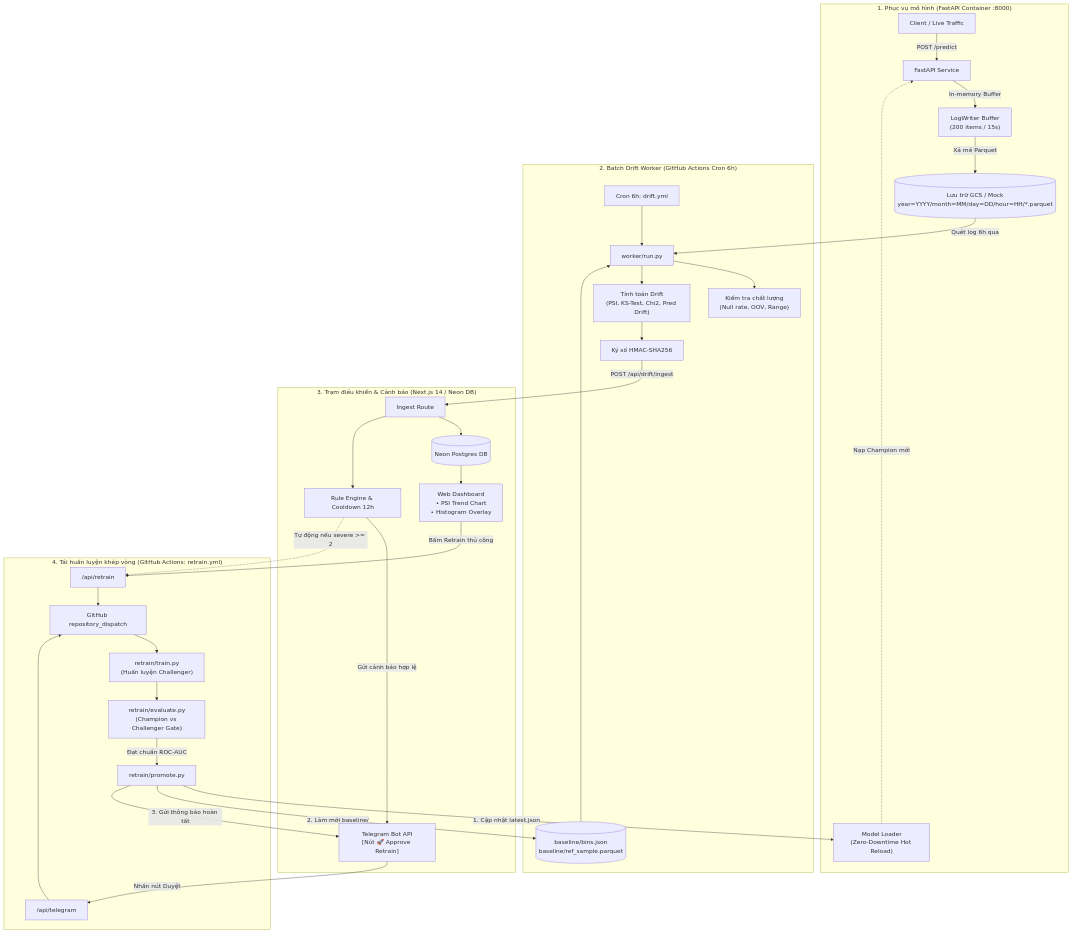
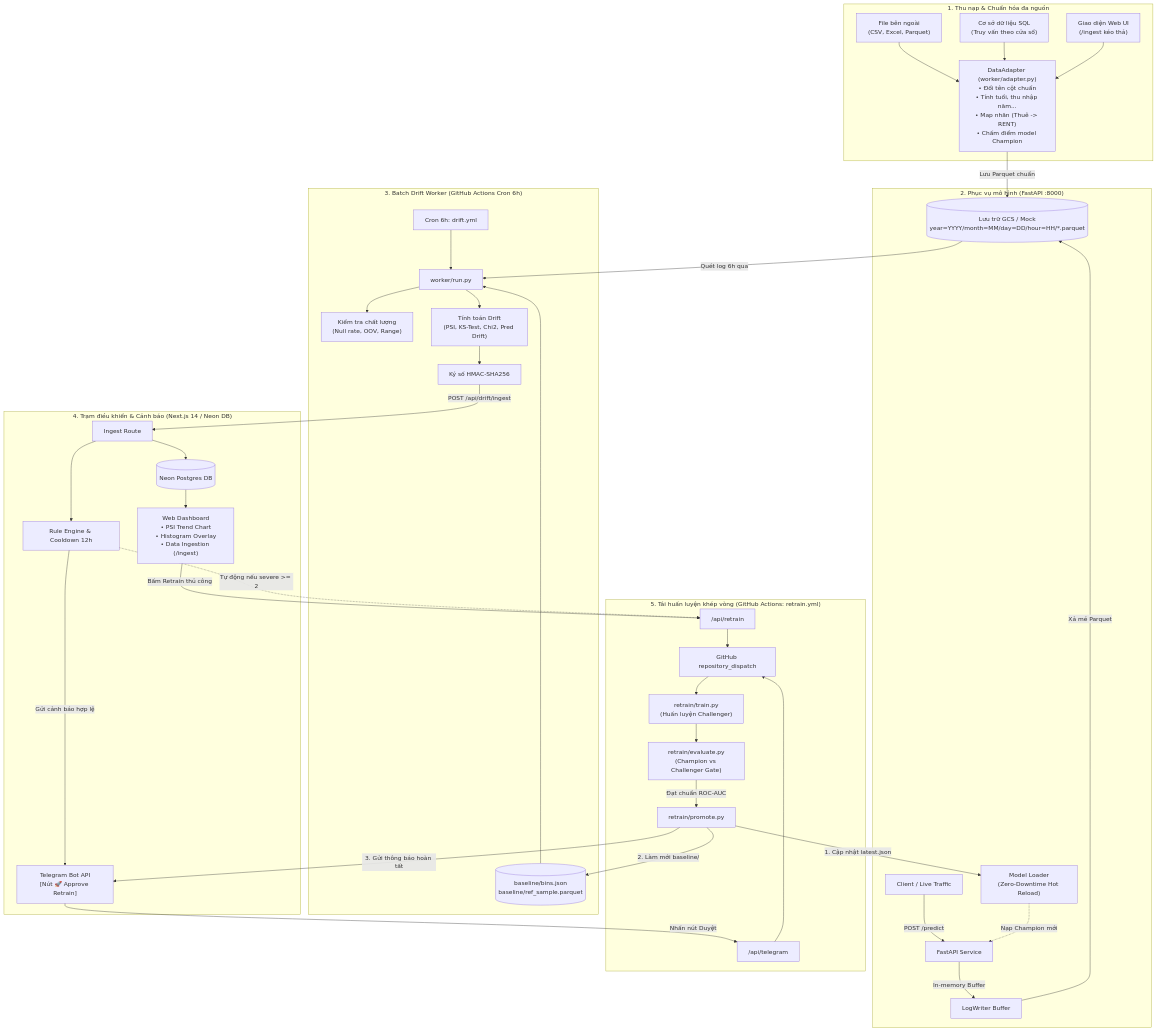
Before and after one commit to MinhTran110/data_drift_platform: the diagram in README.vn.md, drawn with Mermaid. The commit also changed other lines of this file and 14 other files, not shown here.

Commit message:
feat: add multi-source data adapter, ingestion fastapi endpoints, and web upload ui

````diff
--- a/README.vn.md
+++ b/README.vn.md
@@ -51,39 +57,46 @@
 ```mermaid
 flowchart TD
-    subgraph Serving["1. Phục vụ mô hình (FastAPI Container :8000)"]
+    subgraph Ingestion["1. Thu nạp & Chuẩn hóa đa nguồn"]
+        RawFiles["File bên ngoài<br/>(CSV, Excel, Parquet)"] --> Adapter["DataAdapter (worker/adapter.py)<br/>• Đổi tên cột chuẩn<br/>• Tính tuổi, thu nhập năm...<br/>• Map nhãn (Thuê -> RENT)<br/>• Chấm điểm model Champion"]
+        SQL["Cơ sở dữ liệu SQL<br/>(Truy vấn theo cửa sổ)"] --> Adapter
+        WebUpload["Giao diện Web UI<br/>(/ingest kéo thả)"] --> Adapter
+    end
+
+    subgraph Serving["2. Phục vụ mô hình (FastAPI :8000)"]
         Client["Client / Live Traffic"] -->|POST /predict| API["FastAPI Service"]
-        API -->|In-memory Buffer| Buffer["LogWriter Buffer<br/>(200 items / 15s)"]
+        API -->|In-memory Buffer| Buffer["LogWriter Buffer"]
         Buffer -->|Xả mẻ Parquet| GCS[("Lưu trữ GCS / Mock<br/>year=YYYY/month=MM/day=DD/hour=HH/*.parquet")]
+        Adapter -->|Lưu Parquet chuẩn| GCS
         ModelLoader["Model Loader<br/>(Zero-Downtime Hot Reload)"] -.->|Nạp Champion mới| API
     end
 
-    subgraph Worker["2. Batch Drift Worker (GitHub Actions Cron 6h)"]
+    subgraph Worker["3. Batch Drift Worker (GitHub Actions Cron 6h)"]
         Cron["Cron 6h: drift.yml"] --> RunPy["worker/run.py"]
         GCS -->|Quét log 6h qua| RunPy
         Baseline[("baseline/bins.json<br/>baseline/ref_sample.parquet")] --> RunPy
         RunPy --> Quality["Kiểm tra chất lượng<br/>(Null rate, OOV, Range)"]
         RunPy --> Metrics["Tính toán Drift<br/>(PSI, KS-Test, Chi2, Pred Drift)"]
         Metrics --> HMAC["Ký số HMAC-SHA256"]
     end
 
-    subgraph ControlPlane["3. Trạm điều khiển & Cảnh báo (Next.js 14 / Neon DB)"]
+    subgraph ControlPlane["4. Trạm điều khiển & Cảnh báo (Next.js 14 / Neon DB)"]
         HMAC -->|POST /api/drift/ingest| IngestAPI["Ingest Route"]
         IngestAPI --> DB[("Neon Postgres DB")]
         IngestAPI --> RuleEngine["Rule Engine & Cooldown 12h"]
         RuleEngine -->|Gửi cảnh báo hợp lệ| TelegramBot["Telegram Bot API<br/>[Nút 🚀 Approve Retrain]"]
-        DB --> DashboardUI["Web Dashboard<br/>• PSI Trend Chart<br/>• Histogram Overlay"]
+        DB --> DashboardUI["Web Dashboard<br/>• PSI Trend Chart<br/>• Histogram Overlay<br/>• Data Ingestion (/ingest)"]
     end
 
-    subgraph Retrain["4. Tái huấn luyện khép vòng (GitHub Actions: retrain.yml)"]
+    subgraph Retrain["5. Tái huấn luyện khép vòng (GitHub Actions: retrain.yml)"]
         TelegramBot -->|Nhấn nút Duyệt| Webhook["/api/telegram"]
         DashboardUI -->|Bấm Retrain thủ công| RetrainAPI["/api/retrain"]
         RuleEngine -.->|Tự động nếu severe >= 2| RetrainAPI
         Webhook & RetrainAPI --> Dispatch["GitHub repository_dispatch"]
         Dispatch --> TrainPy["retrain/train.py<br/>(Huấn luyện Challenger)"]
         TrainPy --> EvalPy["retrain/evaluate.py<br/>(Champion vs Challenger Gate)"]
         EvalPy -->|Đạt chuẩn ROC-AUC| PromotePy["retrain/promote.py"]
         PromotePy -->|1. Cập nhật latest.json| ModelLoader
         PromotePy -->|2. Làm mới baseline/| Baseline
         PromotePy -->|3. Gửi thông báo hoàn tất| TelegramBot
     end
 ```
````
